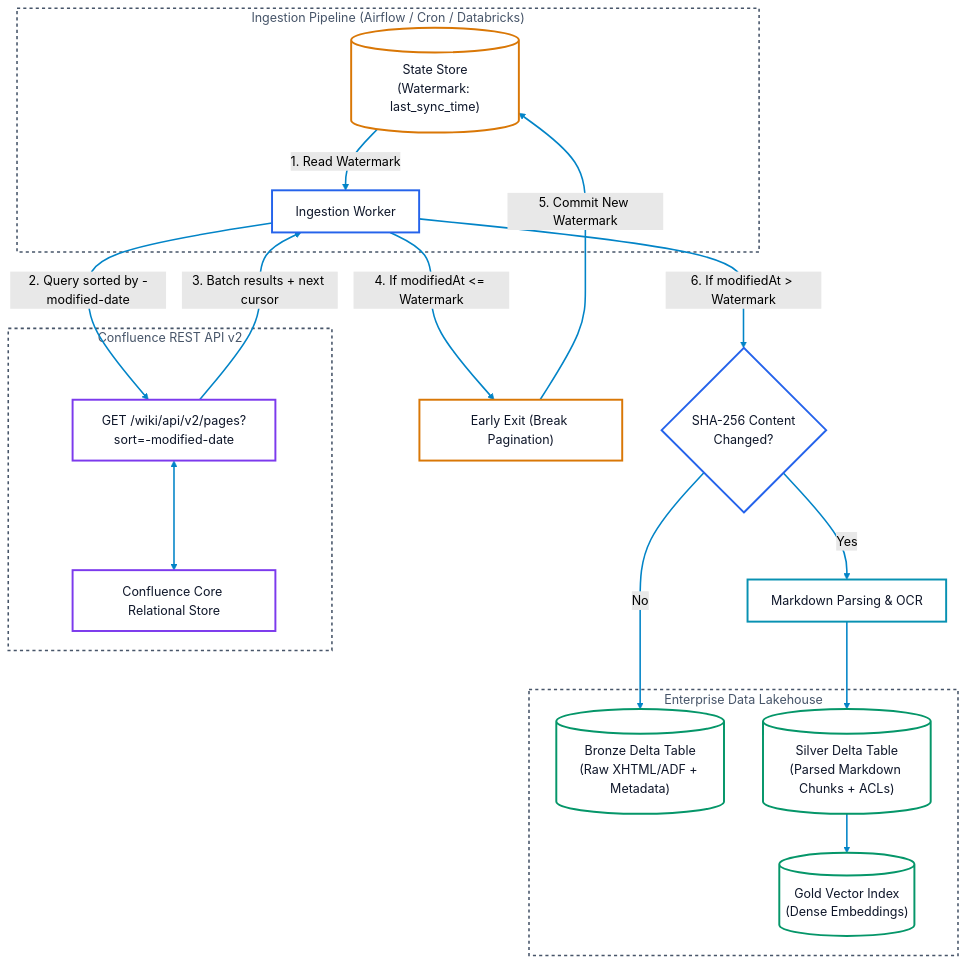
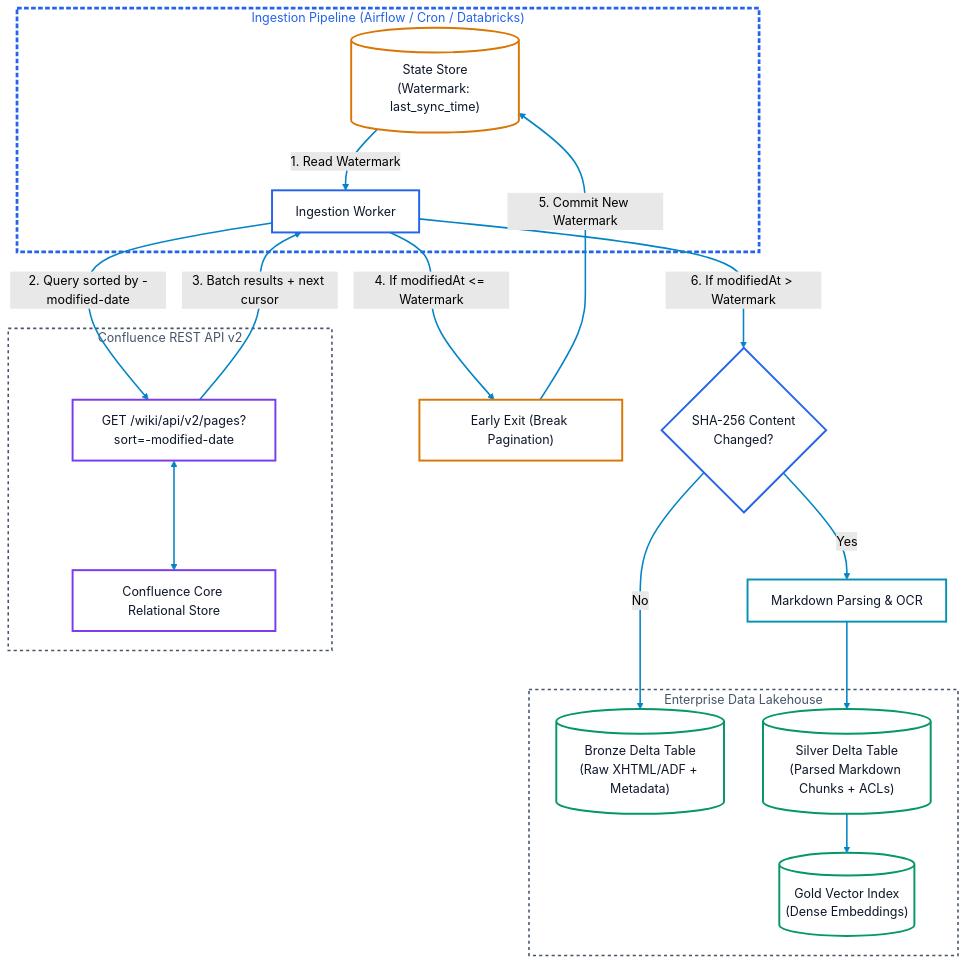
Before and after one commit to toanbui626391/document_ingestors: the diagram in docs/researchs/confluence_pull_based_apis.md, drawn with Mermaid (forest theme). The commit also changed 5 other files, not shown here.

````diff
--- a/docs/researchs/confluence_pull_based_apis.md
+++ b/docs/researchs/confluence_pull_based_apis.md
@@ -19,45 +19,46 @@
 ```mermaid
 flowchart TD
     subgraph Client ["Ingestion Pipeline (Airflow / Cron / Databricks)"]
         StateStore[("State Store\n(Watermark: last_sync_time)")]:::amber
         IngestWorker["Ingestion Worker"]:::blue
     end
 
     subgraph ConfluenceAPI ["Confluence REST API v2"]
         PageEndpoint["GET /wiki/api/v2/pages?sort=-modified-date"]:::purple
         Database["Confluence Core Relational Store"]:::purple
     end
 
     subgraph Lakehouse ["Enterprise Data Lakehouse"]
         Bronze[("Bronze Delta Table\n(Raw XHTML/ADF + Metadata)")]:::green
         Silver[("Silver Delta Table\n(Parsed Markdown Chunks + ACLs)")]:::green
         Gold[("Gold Vector Index\n(Dense Embeddings)")]:::green
     end
 
     StateStore -->|1. Read Watermark| IngestWorker
     IngestWorker -->|2. Query sorted by -modified-date| PageEndpoint
     PageEndpoint <--> Database
     PageEndpoint -->|3. Batch results + next cursor| IngestWorker
 
     IngestWorker -->|4. If modifiedAt <= Watermark| EarlyExit["Early Exit (Break Pagination)"]:::amber
     EarlyExit -->|5. Commit New Watermark| StateStore
 
     IngestWorker -->|6. If modifiedAt > Watermark| HashCheck{"SHA-256 Content\nChanged?"}:::blue
     HashCheck -- "No" --> Bronze
     HashCheck -- "Yes" --> ExtractWorker["Markdown Parsing & OCR"]:::cyan
     ExtractWorker --> Silver
     Silver --> Gold
 
-    style Client fill:none,stroke:#475569,stroke-width:2px,stroke-dasharray: 4 4,color:#475569
+    %% Subgraphs: Transparent with visual hierarchy (Bigger container = thicker border)
+    style Client fill:none,stroke:#2563eb,stroke-width:3.5px,stroke-dasharray: 6 3,color:#2563eb
     style ConfluenceAPI fill:none,stroke:#475569,stroke-width:2px,stroke-dasharray: 4 4,color:#475569
     style Lakehouse fill:none,stroke:#475569,stroke-width:2px,stroke-dasharray: 4 4,color:#475569
 
     linkStyle default stroke:#0284c7,stroke-width:2px
 
     classDef default fill:#ffffff,stroke:#475569,stroke-width:2.5px,color:#0f172a;
     classDef blue    fill:#ffffff,stroke:#2563eb,stroke-width:2.5px,color:#0f172a;
     classDef green   fill:#ffffff,stroke:#059669,stroke-width:2.5px,color:#0f172a;
     classDef amber   fill:#ffffff,stroke:#d97706,stroke-width:2.5px,color:#0f172a;
     classDef purple  fill:#ffffff,stroke:#7c3aed,stroke-width:2.5px,color:#0f172a;
     classDef cyan    fill:#ffffff,stroke:#0891b2,stroke-width:2.5px,color:#0f172a;
 ```
````
